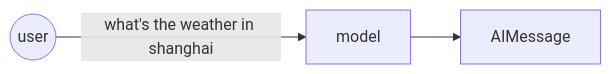
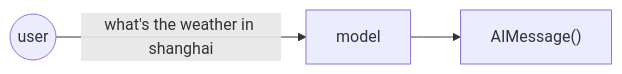
Before and after one commit to ka1fe1/iodraw-files: the diagram in all/未命名-28.md, drawn with Mermaid.

Commit message:
2024-10-22 17:44:17 update

````diff
--- a/all/未命名-28.md
+++ b/all/未命名-28.md
@@ -1,8 +1,8 @@
 ```mermaid
 flowchart LR
     s1((user))
     s2["model"]
-    s3["AIMessage"]
+    s3["AIMessage()"]
 
     s1 -->|what's the weather in shanghai| s2 --> s3
 ```
````
